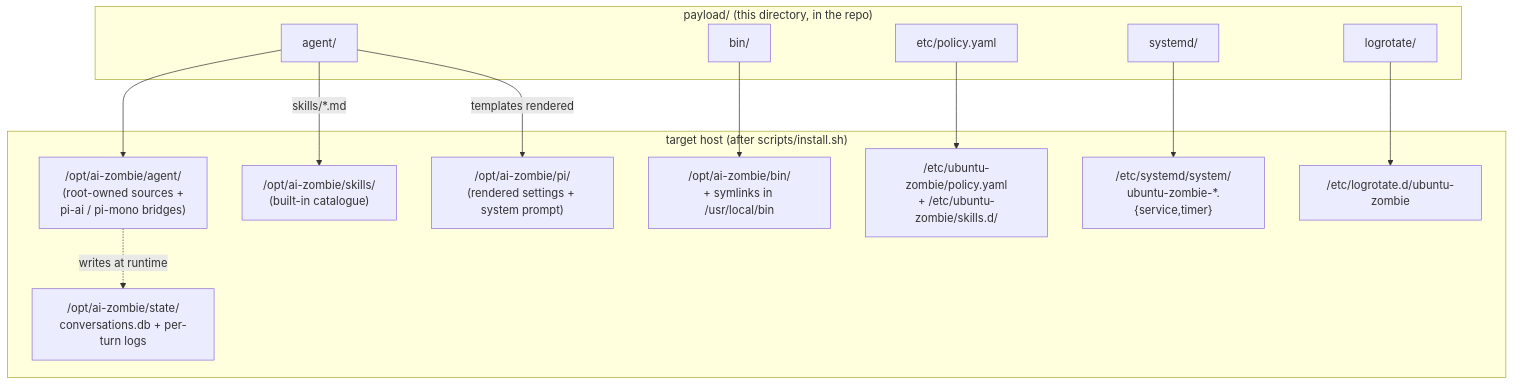
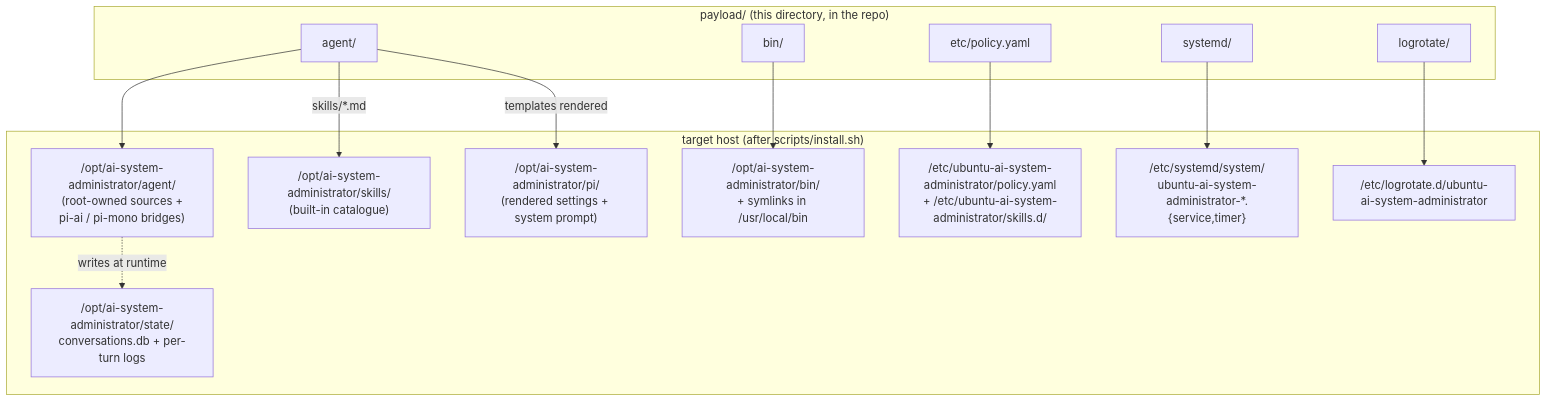
Before and after one commit to japer-technology/ubuntu-ai-system-administrator: the first of 4 diagrams in payload/README.md, drawn with Mermaid. The commit also changed other lines of this file and 92 other files, not shown here.

Commit message:
Complete AI system administrator rename

````diff
--- a/payload/README.md
+++ b/payload/README.md
@@ -30,30 +30,30 @@
 ```mermaid
 flowchart TD
     subgraph repo["payload/ (this directory, in the repo)"]
         agent_src["agent/"]
         bin_src["bin/"]
         etc_src["etc/policy.yaml"]
         sys_src["systemd/"]
         log_src["logrotate/"]
     end
 
     subgraph host["target host (after scripts/install.sh)"]
-        opt_agent["/opt/ai-zombie/agent/<br/>(root-owned sources +<br/>pi-ai / pi-mono bridges)"]
-        opt_bin["/opt/ai-zombie/bin/<br/>+ symlinks in /usr/local/bin"]
-        opt_skills["/opt/ai-zombie/skills/<br/>(built-in catalogue)"]
-        opt_pi["/opt/ai-zombie/pi/<br/>(rendered settings + system prompt)"]
-        etc_dst["/etc/ubuntu-zombie/policy.yaml<br/>+ /etc/ubuntu-zombie/skills.d/"]
-        sys_dst["/etc/systemd/system/<br/>ubuntu-zombie-*.{service,timer}"]
-        log_dst["/etc/logrotate.d/ubuntu-zombie"]
-        state["/opt/ai-zombie/state/<br/>conversations.db + per-turn logs"]
+        opt_agent["/opt/ai-system-administrator/agent/<br/>(root-owned sources +<br/>pi-ai / pi-mono bridges)"]
+        opt_bin["/opt/ai-system-administrator/bin/<br/>+ symlinks in /usr/local/bin"]
+        opt_skills["/opt/ai-system-administrator/skills/<br/>(built-in catalogue)"]
+        opt_pi["/opt/ai-system-administrator/pi/<br/>(rendered settings + system prompt)"]
+        etc_dst["/etc/ubuntu-ai-system-administrator/policy.yaml<br/>+ /etc/ubuntu-ai-system-administrator/skills.d/"]
+        sys_dst["/etc/systemd/system/<br/>ubuntu-ai-system-administrator-*.{service,timer}"]
+        log_dst["/etc/logrotate.d/ubuntu-ai-system-administrator"]
+        state["/opt/ai-system-administrator/state/<br/>conversations.db + per-turn logs"]
     end
 
     agent_src --> opt_agent
     agent_src -->|skills/*.md| opt_skills
     agent_src -->|templates rendered| opt_pi
     bin_src --> opt_bin
     etc_src --> etc_dst
     sys_src --> sys_dst
     log_src --> log_dst
     opt_agent -.->|writes at runtime| state
 ```
````
